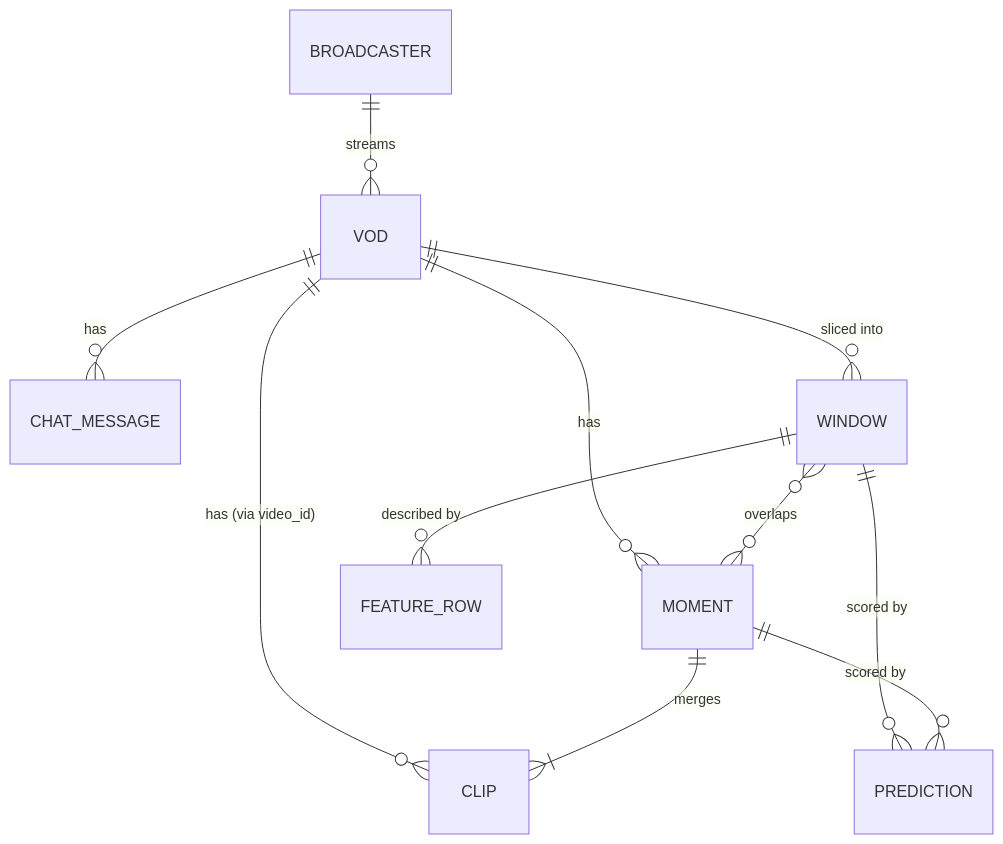
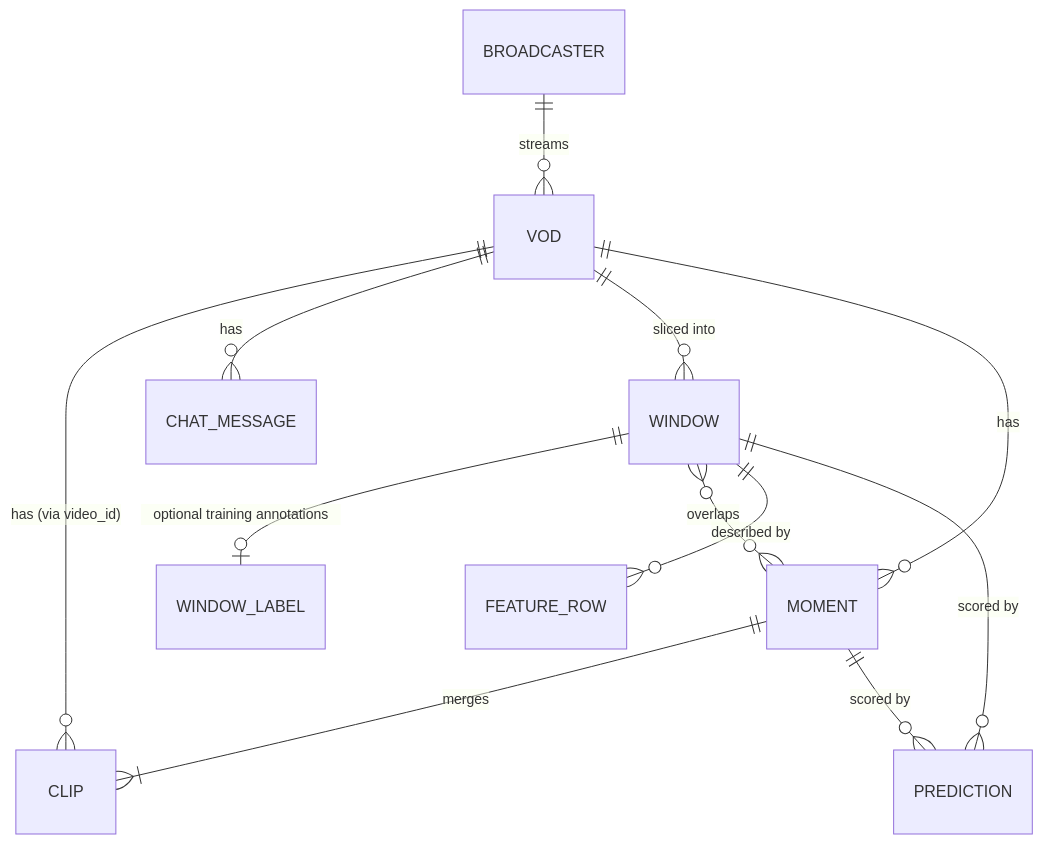
The diagram in docs/architecture/data-model.md (adillpickles/AutoClipper), drawn with Mermaid before and after one commit. The commit also changed other lines of this file and 40 other files, not shown here.

````diff
--- a/docs/architecture/data-model.md
+++ b/docs/architecture/data-model.md
@@ -21,13 +21,14 @@
 ```mermaid
 erDiagram
     BROADCASTER ||--o{ VOD : streams
     VOD ||--o{ CLIP : "has (via video_id)"
     VOD ||--o{ CHAT_MESSAGE : has
     VOD ||--o{ WINDOW : "sliced into"
+    WINDOW ||--o| WINDOW_LABEL : "optional training annotations"
     VOD ||--o{ MOMENT : has
     MOMENT ||--|{ CLIP : "merges"
     WINDOW }o--o{ MOMENT : "overlaps"
     WINDOW ||--o{ FEATURE_ROW : "described by"
     WINDOW ||--o{ PREDICTION : "scored by"
     MOMENT ||--o{ PREDICTION : "scored by"
 ```
````
